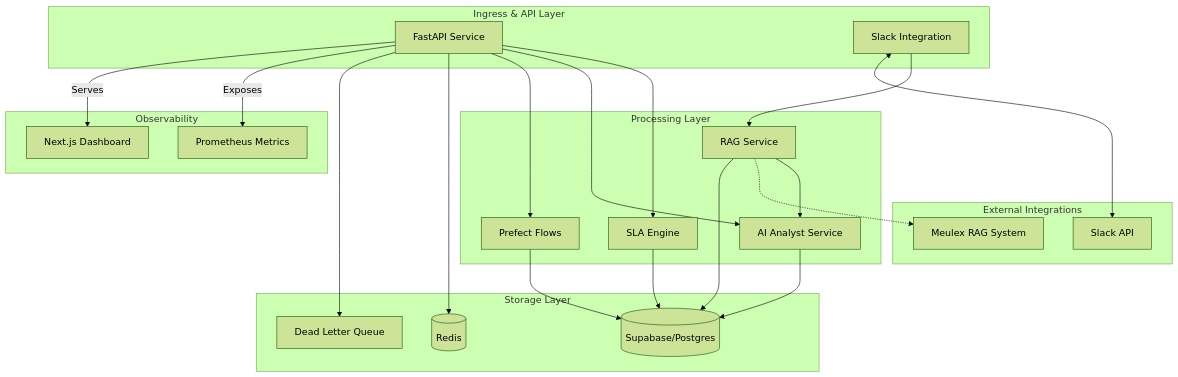
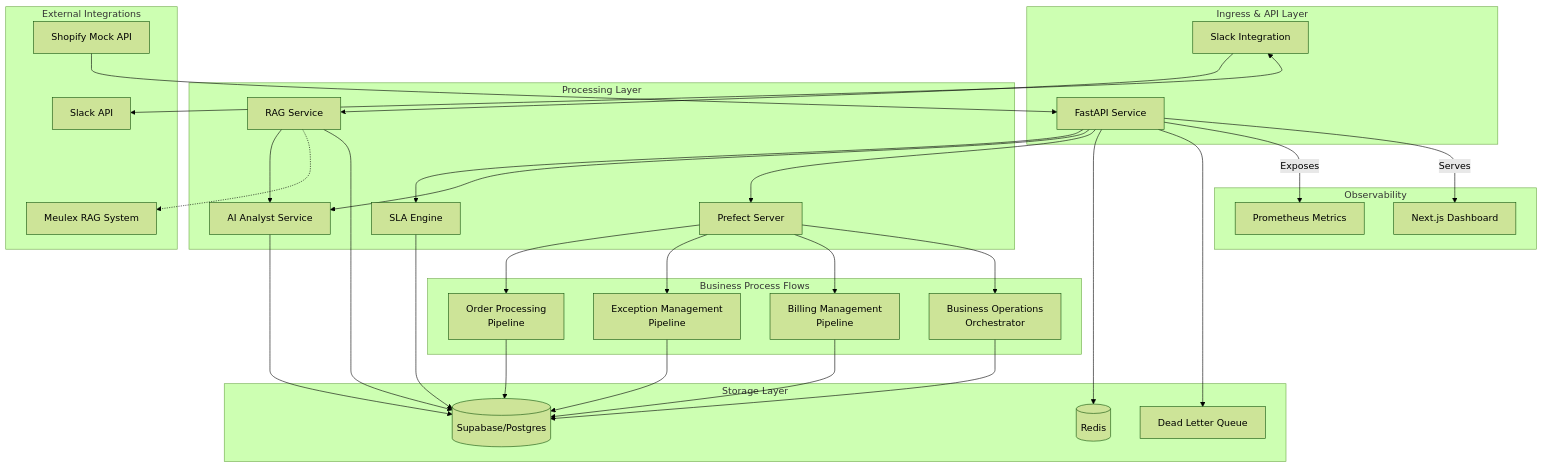
The second of 4 diagrams in README.md (chernistry/e2a), drawn with Mermaid (forest theme) before and after one commit. The commit also changed other lines of this file and 1 other file, not shown here.

````diff
--- a/README.md
+++ b/README.md
@@ -177,49 +193,66 @@
 ```mermaid
 graph TD
     subgraph "Ingress & API Layer"
         API[FastAPI Service]
         SLACK[Slack Integration]
     end
     
     subgraph "Processing Layer"
         SLA_ENGINE[SLA Engine]
         AI_ANALYST[AI Analyst Service]
-        PREFECT[Prefect Flows]
+        PREFECT[Prefect Server]
         RAG[RAG Service]
+    end
+    
+    subgraph "Business Process Flows"
+        ORDER_FLOW[Order Processing<br/>Pipeline]
+        EXCEPTION_FLOW[Exception Management<br/>Pipeline]
+        BILLING_FLOW[Billing Management<br/>Pipeline]
+        ORCHESTRATOR_FLOW[Business Operations<br/>Orchestrator]
     end
     
     subgraph "Storage Layer"
         SUPABASE[(Supabase/Postgres)]
         REDIS[(Redis)]
         DLQ[Dead Letter Queue]
     end
     
     subgraph "External Integrations"
         SLACK_API[Slack API]
         MEULEX[Meulex RAG System]
+        SHOPIFY_MOCK[Shopify Mock API]
     end
     
     subgraph "Observability"
         DASHBOARD[Next.js Dashboard]
         PROMETHEUS[Prometheus Metrics]
     end
     
     API --> SLA_ENGINE
     API --> AI_ANALYST
     API --> PREFECT
     SLACK --> RAG
     RAG --> AI_ANALYST
     RAG -.-> MEULEX
     
+    PREFECT --> ORDER_FLOW
+    PREFECT --> EXCEPTION_FLOW
+    PREFECT --> BILLING_FLOW
+    PREFECT --> ORCHESTRATOR_FLOW
+    
     SLA_ENGINE --> SUPABASE
     AI_ANALYST --> SUPABASE
-    PREFECT --> SUPABASE
+    ORDER_FLOW --> SUPABASE
+    EXCEPTION_FLOW --> SUPABASE
+    BILLING_FLOW --> SUPABASE
+    ORCHESTRATOR_FLOW --> SUPABASE
     RAG --> SUPABASE
     
     API --> REDIS
     API --> DLQ
     SLACK <--> SLACK_API
+    SHOPIFY_MOCK --> API
     
     API -- Exposes --> PROMETHEUS
     API -- Serves --> DASHBOARD
 ```
````
